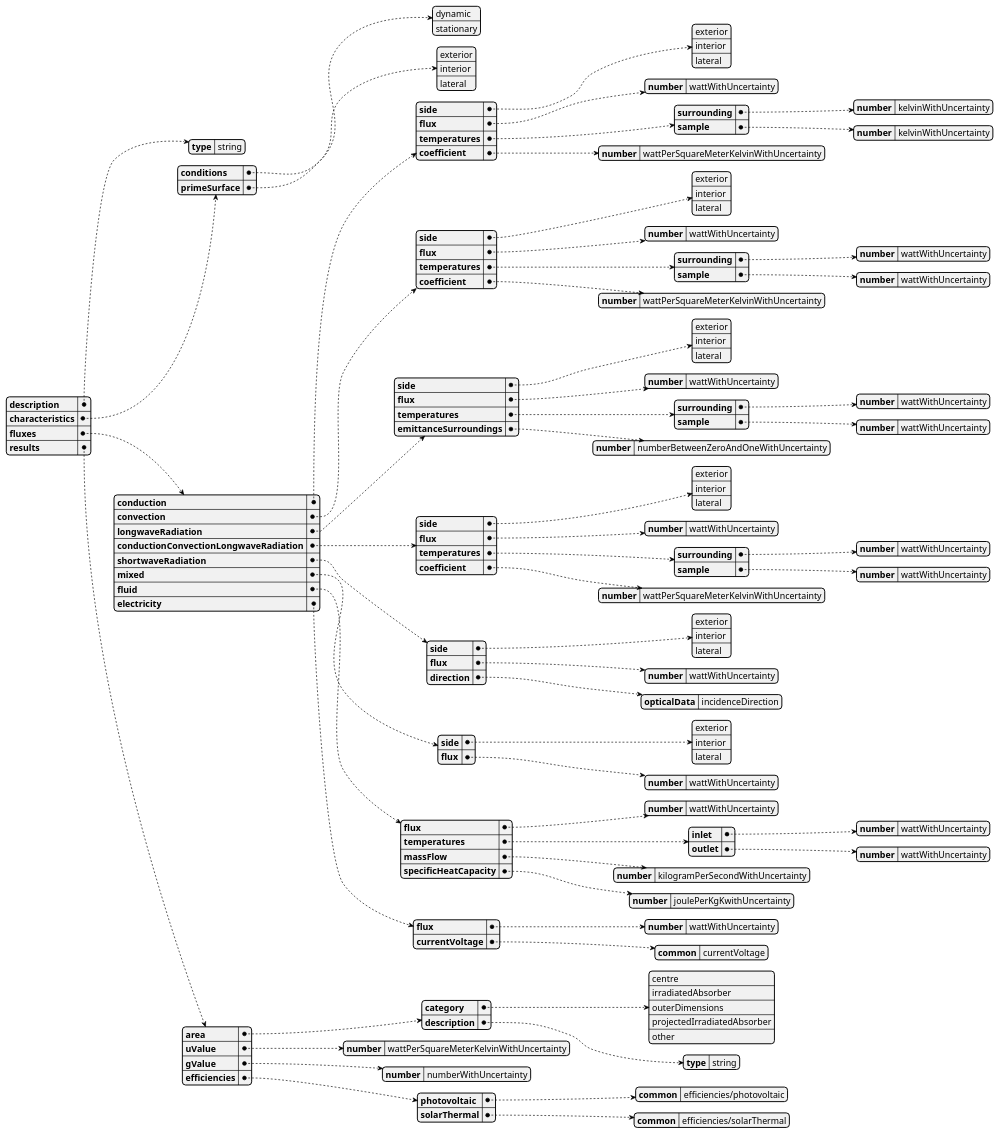
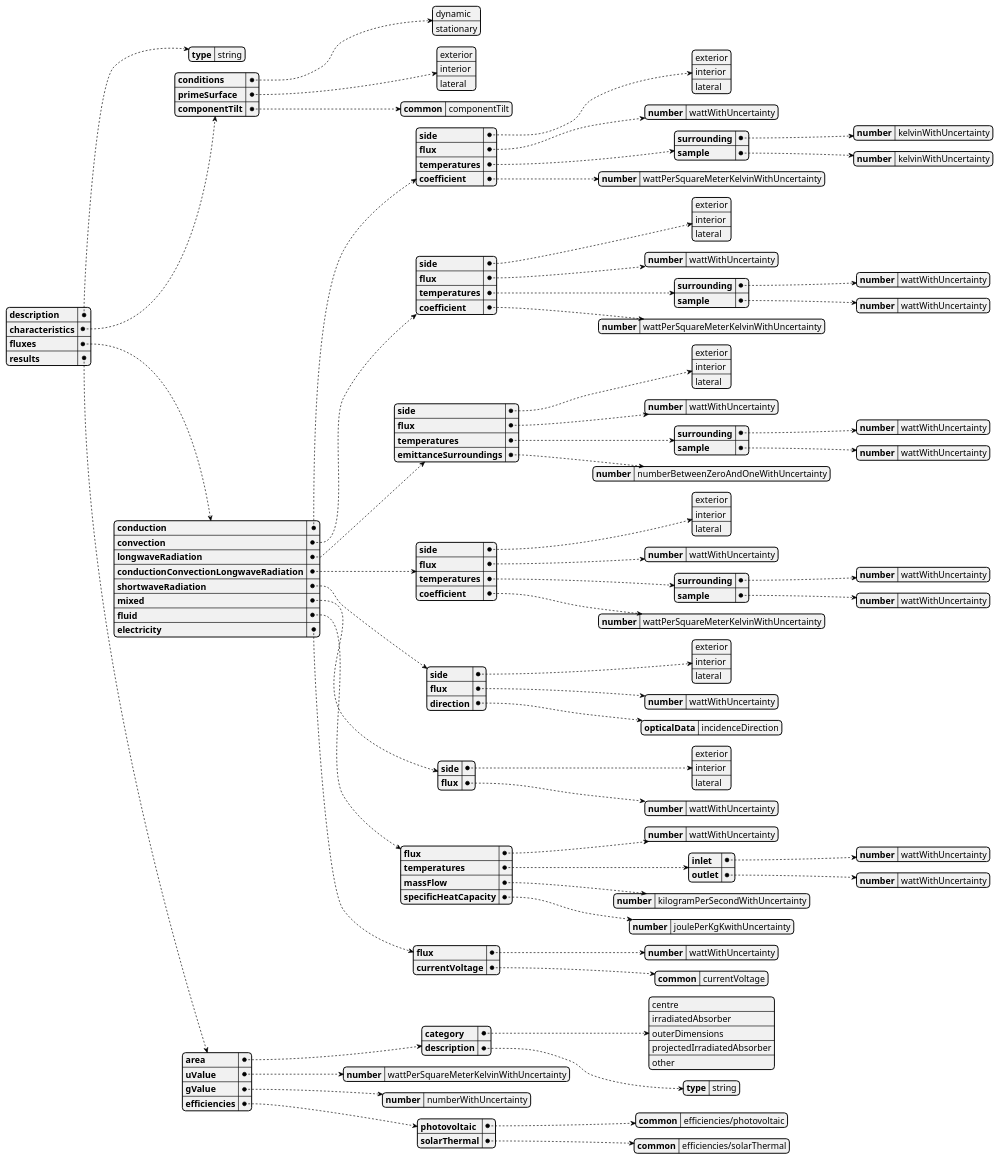
The diagram in docs/diagrams/src/calorimetricData/calorimetricDataSchema.plantuml (building-envelope-data/api), drawn with PlantUML before and after one commit. The commit also changed 11 other files, not shown here.

Commit message:
Add `componentTilt` angle to calorimetricData.json

```diff
--- a/docs/diagrams/src/calorimetricData/calorimetricDataSchema.plantuml
+++ b/docs/diagrams/src/calorimetricData/calorimetricDataSchema.plantuml
@@ -7,7 +7,10 @@
   "characteristics": {
     "conditions":  ["dynamic", "stationary"]
     ,
-    "primeSurface": ["exterior", "interior", "lateral"]
+    "primeSurface": ["exterior", "interior", "lateral"],
+    "componentTilt": {
+      "common": "componentTilt"
+    }
   }
   ,
   "fluxes": {
```
